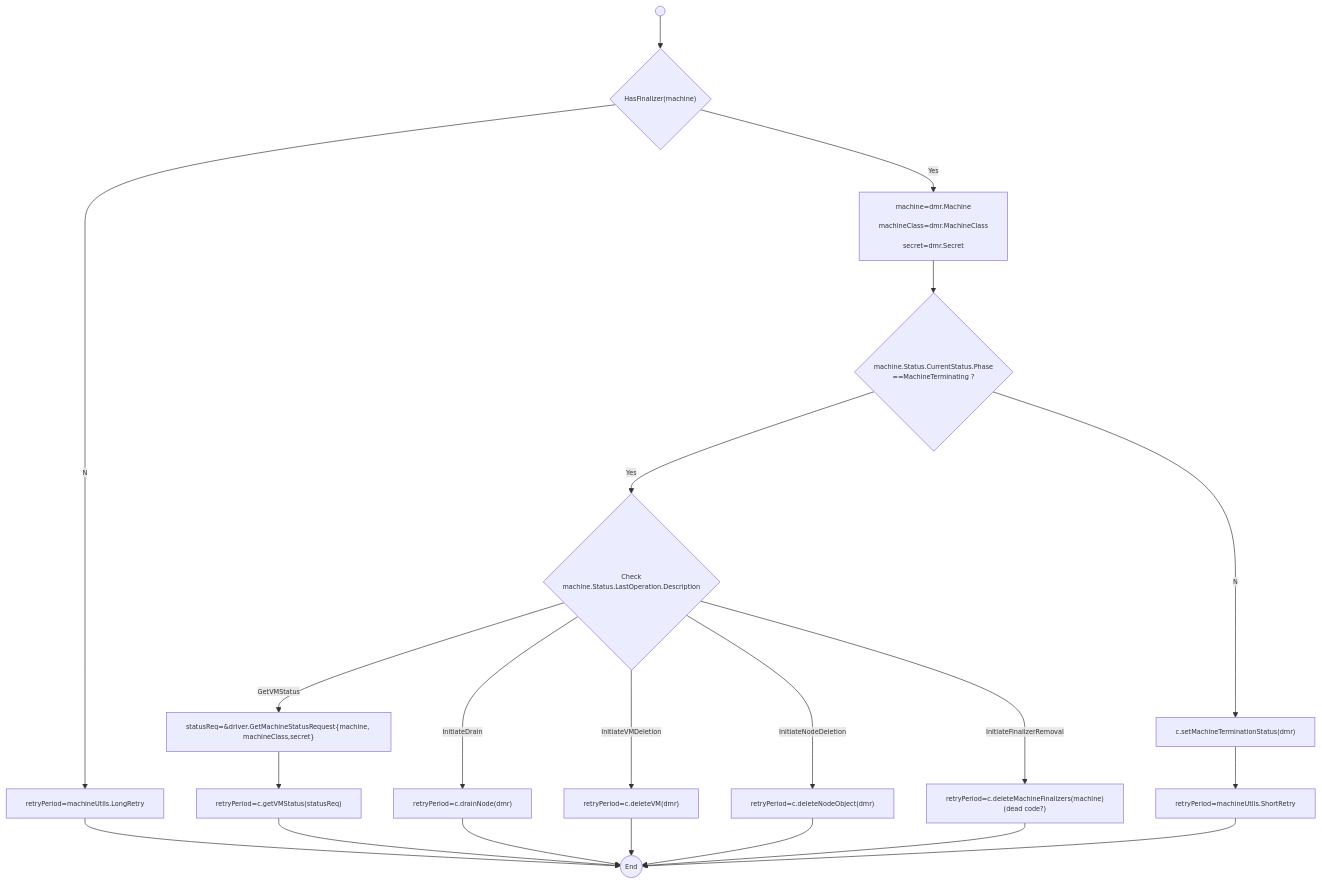
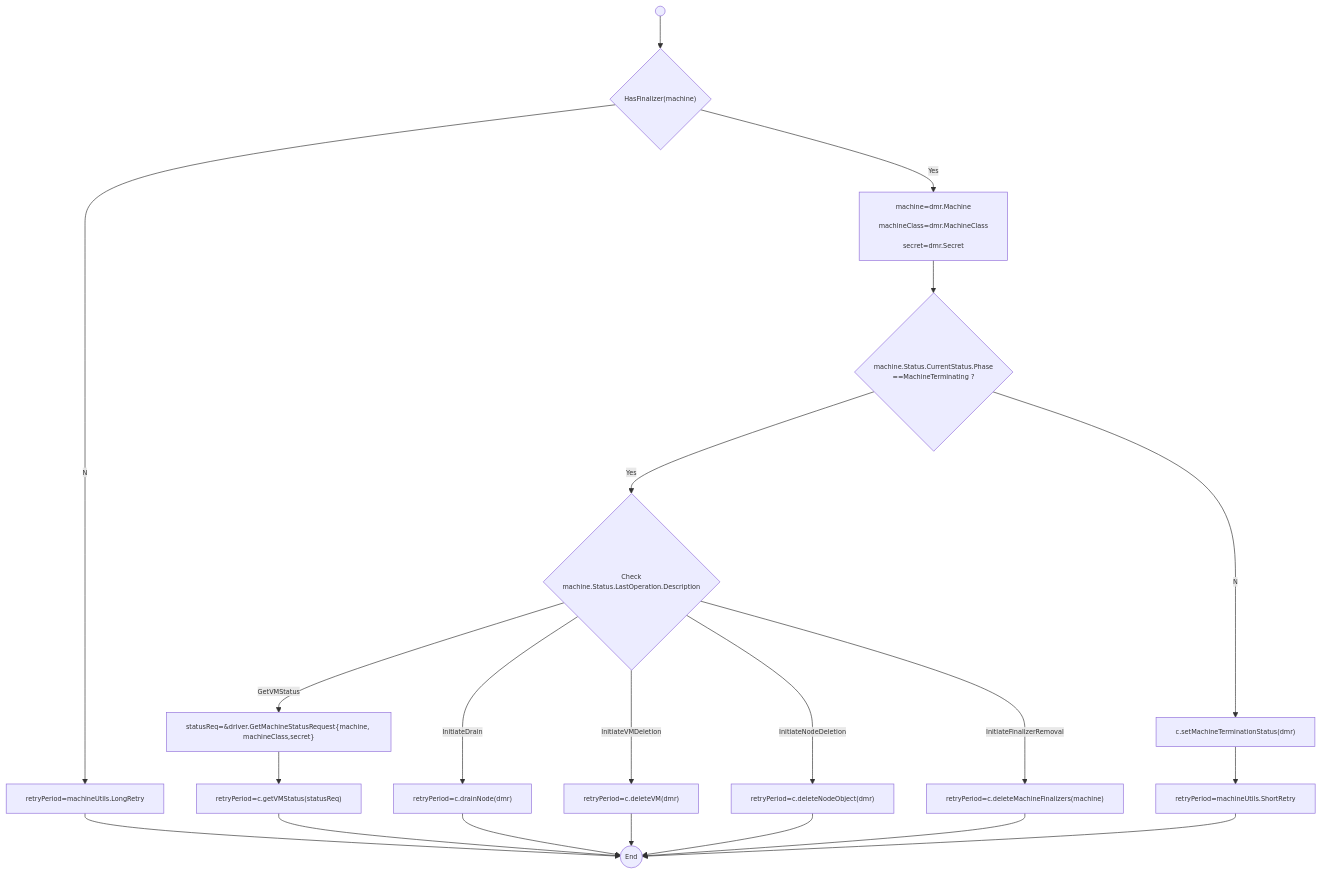
The third of 4 diagrams in src/machine-controller/cluster_machine_reconcile.md (elankath/mcmdesign), drawn with Mermaid before and after one commit. The commit also changed other lines of this file and 10 other files, not shown here.

````diff
--- a/src/machine-controller/cluster_machine_reconcile.md
+++ b/src/machine-controller/cluster_machine_reconcile.md
@@ -259,49 +258,49 @@
 ```mermaid
 %%{init: {'themeVariables': { 'fontSize': '10px'}, "flowchart": {"useMaxWidth": false }}}%%
 flowchart TD
 
 GM["machine=dmr.Machine\n
 machineClass=dmr.MachineClass\n
 secret=dmr.Secret"]
 HasFin{"HasFinalizer(machine)"}
 LongR["retryPeriod=machineUtils.LongRetry"]
 ShortR["retryPeriod=machineUtils.ShortRetry"]
 ChkMachineTerm{"machine.Status.CurrentStatus.Phase\n==MachineTerminating ?"}
 CheckMachineOperation{"Check\nmachine.Status.LastOperation.Description"}
 DrainNode["retryPeriod=c.drainNode(dmr)"]
 DeleteVM["retryPeriod=c.deleteVM(dmr)"]
 DeleteNode["retryPeriod=c.deleteNodeObject(dmr)"]
-DeleteMachineFin["retryPeriod=c.deleteMachineFinalizers(machine)\n(dead code?)"]
+DeleteMachineFin["retryPeriod=c.deleteMachineFinalizers(machine)"]
 SetMachineTermStatus["c.setMachineTerminationStatus(dmr)"]
 
 CreateMachineStatusRequest["statusReq=&driver.GetMachineStatusRequest{machine, machineClass,secret}"]
 GetVMStatus["retryPeriod=c.getVMStatus(statusReq)"]
 
 
 
 Z(("End"))
 
 Begin((" "))-->HasFin
 HasFin--Yes-->GM
 HasFin--No-->LongR
 LongR-->Z
 GM-->ChkMachineTerm
 ChkMachineTerm--No-->SetMachineTermStatus
 ChkMachineTerm--Yes-->CheckMachineOperation
 SetMachineTermStatus-->ShortR
 CheckMachineOperation--GetVMStatus-->CreateMachineStatusRequest
 CheckMachineOperation--InitiateDrain-->DrainNode
 CheckMachineOperation--InitiateVMDeletion-->DeleteVM
 CheckMachineOperation--InitiateNodeDeletion-->DeleteNode
 CheckMachineOperation--InitiateFinalizerRemoval-->DeleteMachineFin
 CreateMachineStatusRequest-->GetVMStatus
 GetVMStatus-->Z
 
 
 DrainNode-->Z
 DeleteVM-->Z
 DeleteNode-->Z
 DeleteMachineFin-->Z
 ShortR-->Z
 
 ```
````
